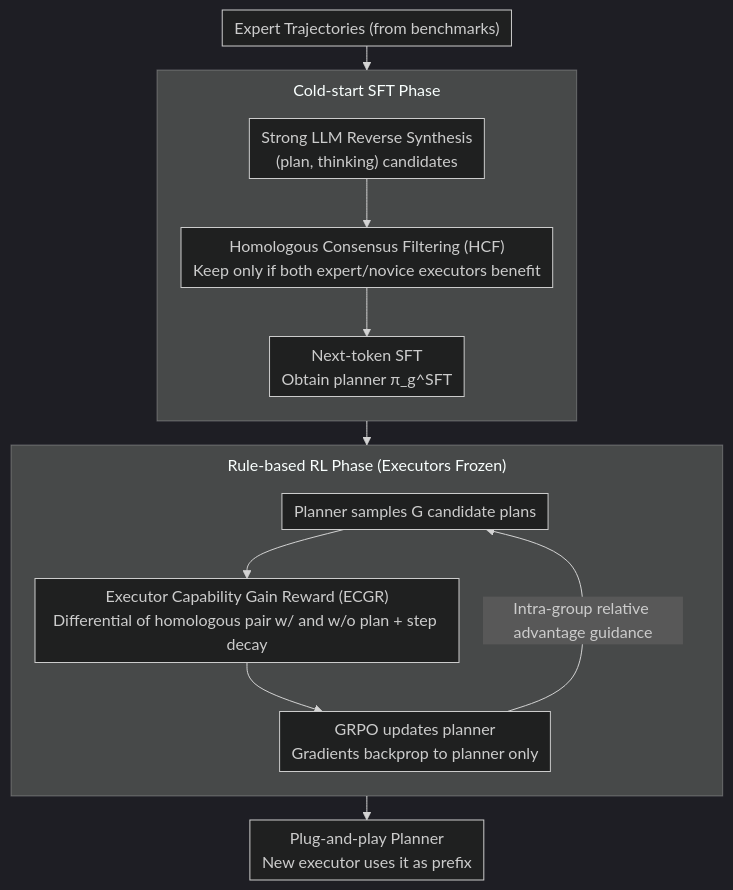
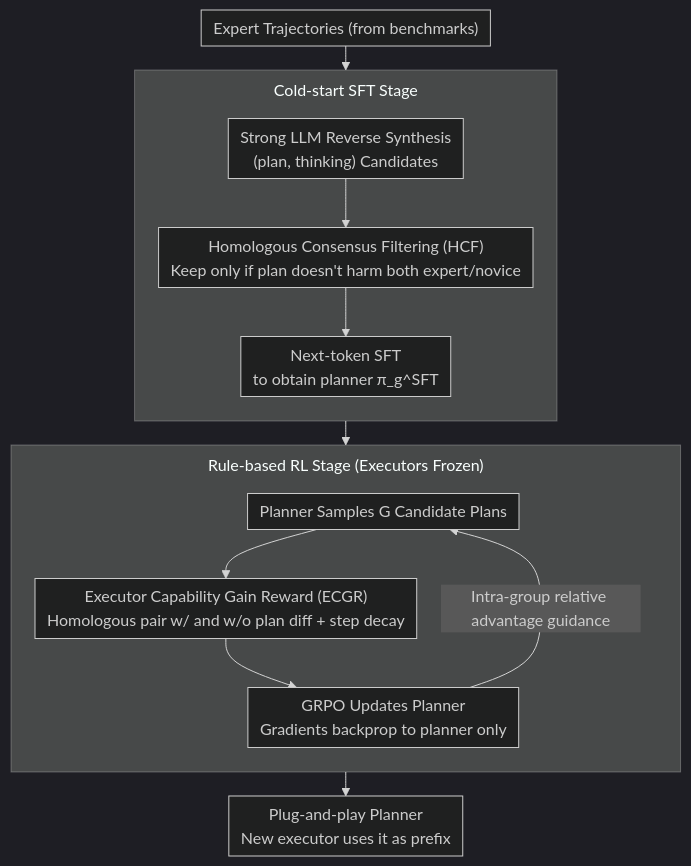
One commit to zhaoyang97/Paper-Notes-en changed the diagram in docs/ACL2026/reinforcement_learning/a_goal_without_a_plan_is_just_a_wish_efficient_and_effective_global_planner_trai.md. Above: the diagram before and after it, drawn with Mermaid (dark theme). The commit also changed other lines of this file and 5084 other files, not shown here.

````diff
--- a/docs/ACL2026/reinforcement_learning/a_goal_without_a_plan_is_just_a_wish_efficient_and_effective_global_planner_trai.md
+++ b/docs/ACL2026/reinforcement_learning/a_goal_without_a_plan_is_just_a_wish_efficient_and_effective_global_planner_trai.md
@@ -49,18 +49,18 @@
 ```mermaid
 %%{init: {'flowchart': {'rankSpacing': 24, 'nodeSpacing': 28, 'padding': 6, 'wrappingWidth': 400, 'subGraphTitleMargin': {'top': 8, 'bottom': 16}}}}%%
 flowchart TD
-    A["Expert Trajectories (from benchmarks)"] --> B["Strong LLM Reverse Synthesis<br/>(plan, thinking) candidates"]
-    subgraph SFT["Cold-start SFT Phase"]
+    A["Expert Trajectories (from benchmarks)"] --> B["Strong LLM Reverse Synthesis<br/>(plan, thinking) Candidates"]
+    subgraph SFT["Cold-start SFT Stage"]
         direction TB
-        B --> C["Homologous Consensus Filtering (HCF)<br/>Keep only if both expert/novice executors benefit"]
-        C --> D["Next-token SFT<br/>Obtain planner π_g^SFT"]
+        B --> C["Homologous Consensus Filtering (HCF)<br/>Keep only if plan doesn't harm both expert/novice"]
+        C --> D["Next-token SFT<br/>to obtain planner π_g^SFT"]
     end
-    subgraph RL["Rule-based RL Phase (Executors Frozen)"]
+    subgraph RL["Rule-based RL Stage (Executors Frozen)"]
         direction TB
-        D --> E["Planner samples G candidate plans"]
-        E --> F["Executor Capability Gain Reward (ECGR)<br/>Differential of homologous pair w/ and w/o plan + step decay"]
-        F --> G["GRPO updates planner<br/>Gradients backprop to planner only"]
+        D --> E["Planner Samples G Candidate Plans"]
+        E --> F["Executor Capability Gain Reward (ECGR)<br/>Homologous pair w/ and w/o plan diff + step decay"]
+        F --> G["GRPO Updates Planner<br/>Gradients backprop to planner only"]
         G -->|Intra-group relative advantage guidance| E
     end
     G --> H["Plug-and-play Planner<br/>New executor uses it as prefix"]
 ```
````
